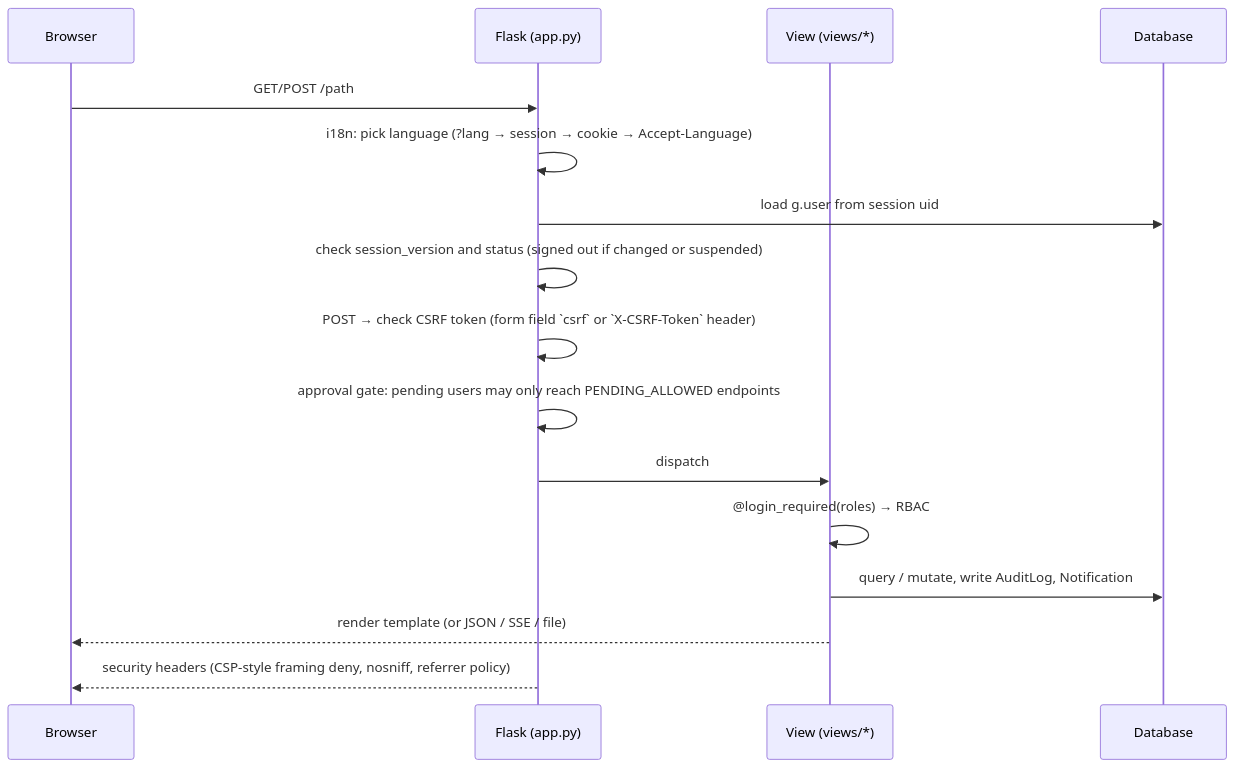
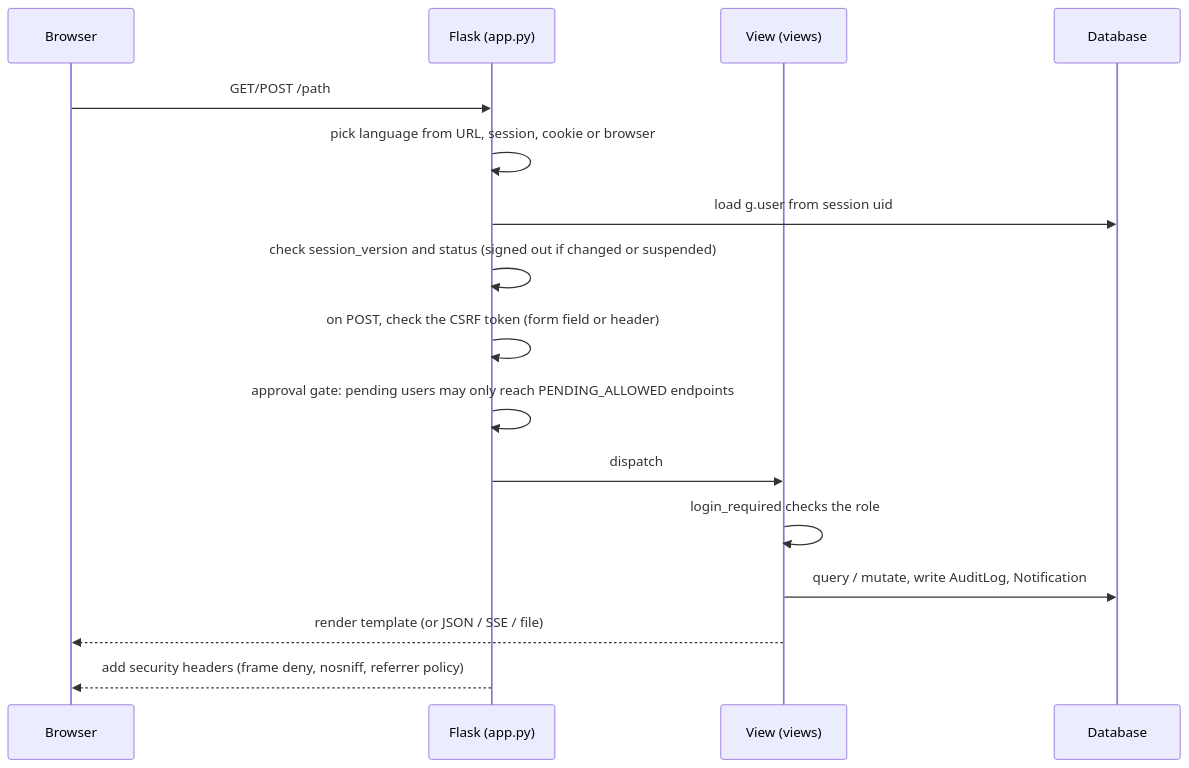
The diagram in docs/ARCHITECTURE.md (cjaihub/skillproof), drawn with Mermaid before and after one commit. The commit also changed 21 other files, not shown here.

````diff
--- a/docs/ARCHITECTURE.md
+++ b/docs/ARCHITECTURE.md
@@ -9,18 +9,18 @@
 ```mermaid
 sequenceDiagram
     participant B as Browser
     participant F as Flask (app.py)
-    participant V as View (views/*)
+    participant V as View (views)
     participant D as Database
     B->>F: GET/POST /path
-    F->>F: i18n: pick language (?lang → session → cookie → Accept-Language)
+    F->>F: pick language from URL, session, cookie or browser
     F->>D: load g.user from session uid
     F->>F: check session_version and status (signed out if changed or suspended)
-    F->>F: POST → check CSRF token (form field `csrf` or `X-CSRF-Token` header)
+    F->>F: on POST, check the CSRF token (form field or header)
     F->>F: approval gate: pending users may only reach PENDING_ALLOWED endpoints
     F->>V: dispatch
-    V->>V: @login_required(roles) → RBAC
+    V->>V: login_required checks the role
     V->>D: query / mutate, write AuditLog, Notification
     V-->>B: render template (or JSON / SSE / file)
-    F-->>B: security headers (CSP-style framing deny, nosniff, referrer policy)
+    F-->>B: add security headers (frame deny, nosniff, referrer policy)
 ```
````
